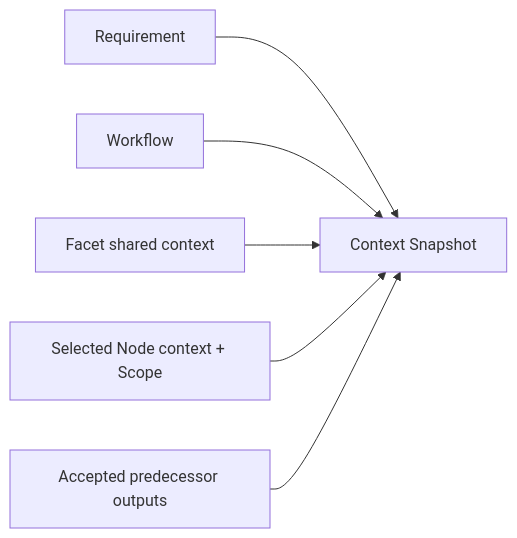
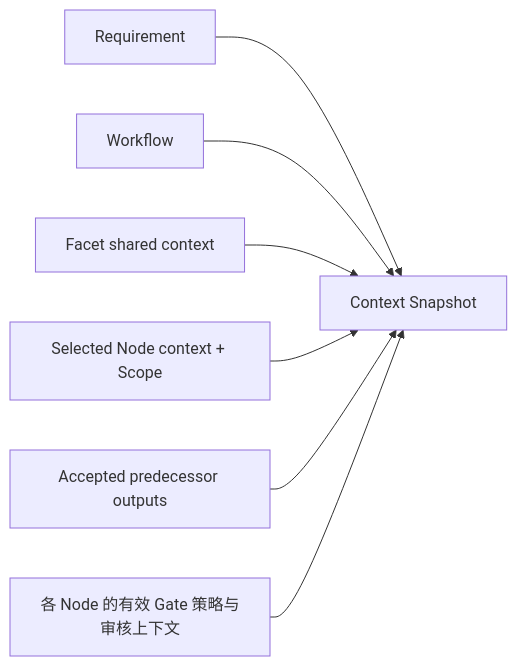
Before and after one commit to LingMessy/facetloom: the second of 4 diagrams in design/01-workflow.md, drawn with Mermaid. The commit also changed other lines of this file and 10 other files, not shown here.

```diff
--- a/design/01-workflow.md
+++ b/design/01-workflow.md
@@ -195,8 +222,9 @@
 ~~~mermaid
 flowchart LR
     R[Requirement] --> C[Context Snapshot]
     W[Workflow] --> C
     F[Facet shared context] --> C
     N[Selected Node context + Scope] --> C
     P[Accepted predecessor outputs] --> C
+    G[各 Node 的有效 Gate 策略与审核上下文] --> C
 ~~~
```
